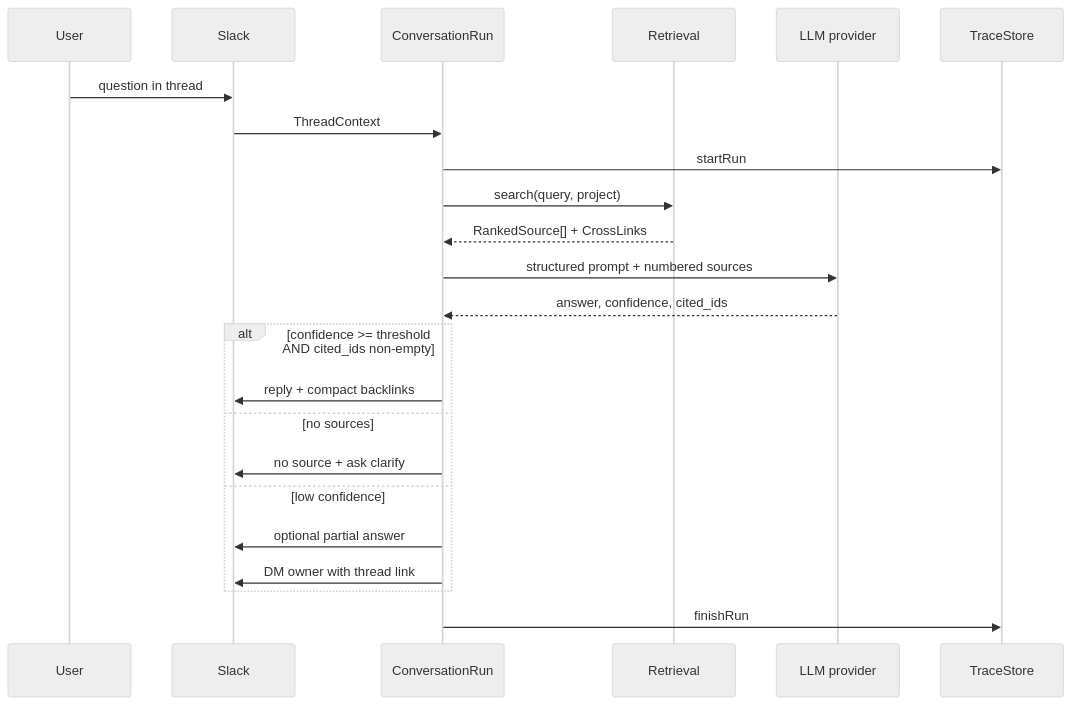
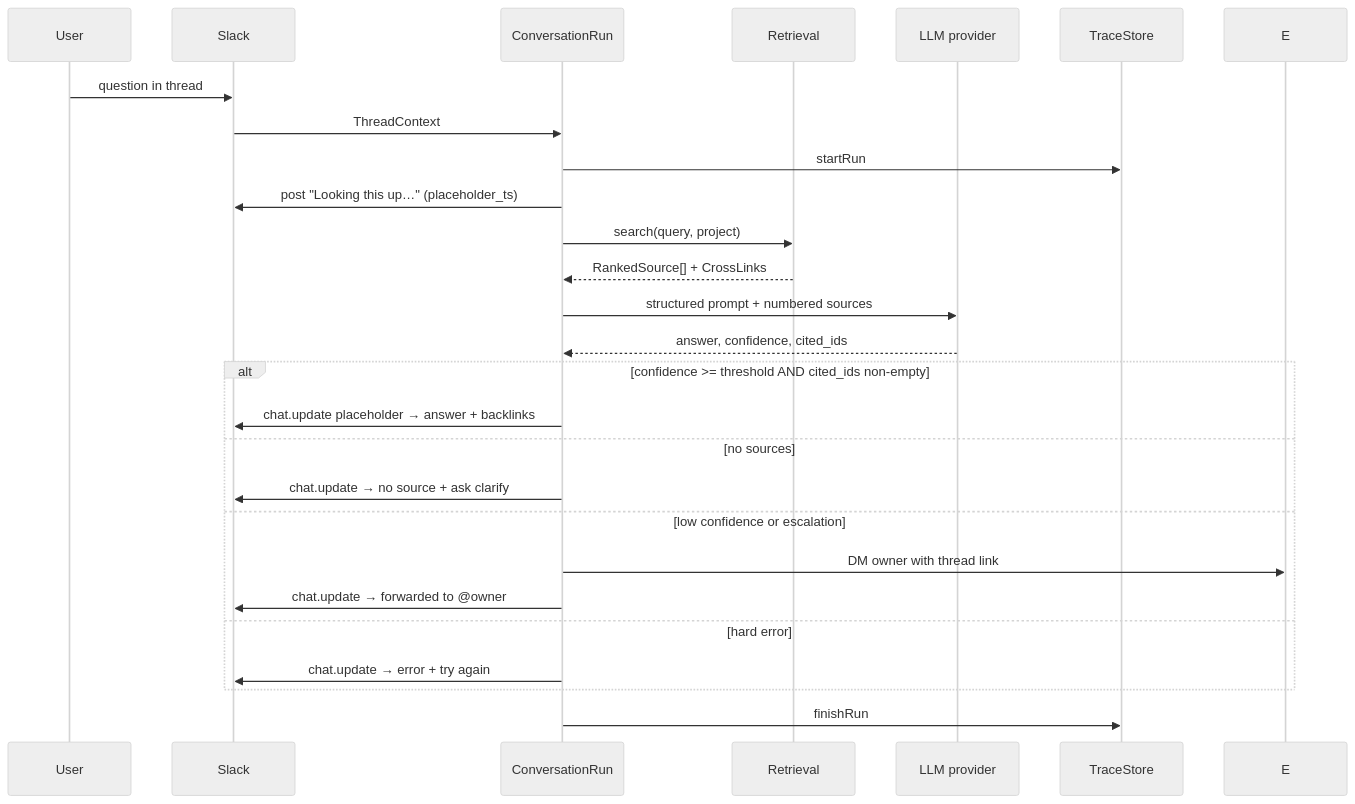
Before and after one commit to TeddySabatier/Pieuvre: the eighth of 10 diagrams in docs/PHASES.md, drawn with Mermaid (neutral theme). The commit also changed other lines of this file and 7 other files, not shown here.

Commit message:
Update .env.example, CONTEXT, README, RESEARCH, and NOTION documentation to include retention settings, clarify project routing, and enhance error handling and escalation processes. Add Slack backfill configuration to project YAML files.

````diff
--- a/docs/PHASES.md
+++ b/docs/PHASES.md
@@ -363,26 +364,29 @@
 ```mermaid
 sequenceDiagram
     participant U as User
     participant S as Slack
     participant CR as ConversationRun
     participant RET as Retrieval
     participant LLM as LLM provider
     participant TR as TraceStore
 
     U->>S: question in thread
     S->>CR: ThreadContext
     CR->>TR: startRun
+    CR->>S: post "Looking this up…" (placeholder_ts)
     CR->>RET: search(query, project)
     RET-->>CR: RankedSource[] + CrossLinks
     CR->>LLM: structured prompt + numbered sources
     LLM-->>CR: answer, confidence, cited_ids
     alt confidence >= threshold AND cited_ids non-empty
-        CR->>S: reply + compact backlinks
+        CR->>S: chat.update placeholder → answer + backlinks
     else no sources
-        CR->>S: no source + ask clarify
-    else low confidence
-        CR->>S: optional partial answer
-        CR->>S: DM owner with thread link
+        CR->>S: chat.update → no source + ask clarify
+    else low confidence or escalation
+        CR->>E: DM owner with thread link
+        CR->>S: chat.update → forwarded to @owner
+    else hard error
+        CR->>S: chat.update → error + try again
     end
     CR->>TR: finishRun
 ```
````
